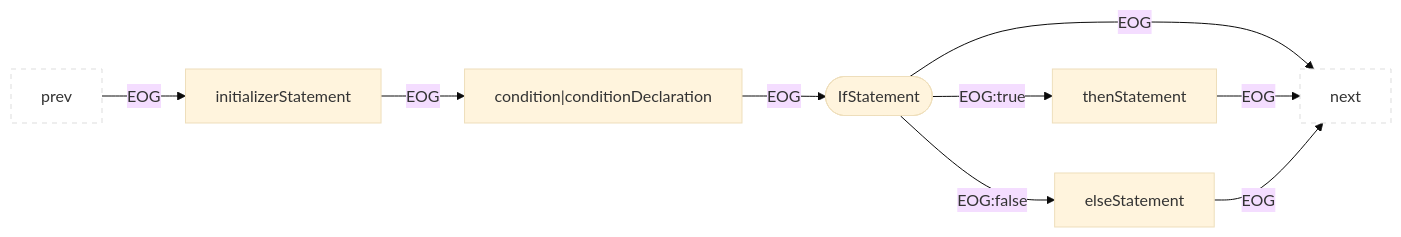
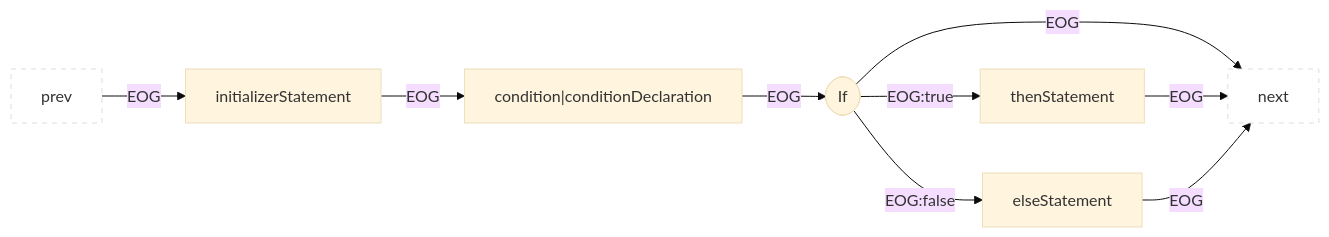
Before and after one commit to Fraunhofer-AISEC/cpg: diagram 39 of 49 in docs/docs/CPG/specs/eog.md, drawn with Mermaid (base theme). The commit also changed other lines of this file and 99 other files, not shown here.

````diff
--- a/docs/docs/CPG/specs/eog.md
+++ b/docs/docs/CPG/specs/eog.md
@@ -784,12 +784,12 @@
 ```mermaid
 flowchart LR
   classDef outer fill:#fff,stroke:#ddd,stroke-dasharray:5 5;
   prev:::outer --EOG--> child1["initializerStatement"]
   child1 --EOG--> child2["condition|conditionDeclaration"]
   child2 --EOG--> parent
-  parent(["IfStatement"]) --EOG:true--> child4["thenStatement"]
+  parent(["If"]) --EOG:true--> child4["thenStatement"]
   parent --EOG:false--> child5["elseStatement"]
   parent --EOG--> next:::outer
   child4 --EOG--> next:::outer
   child5 --EOG--> next:::outer
 ```
````
